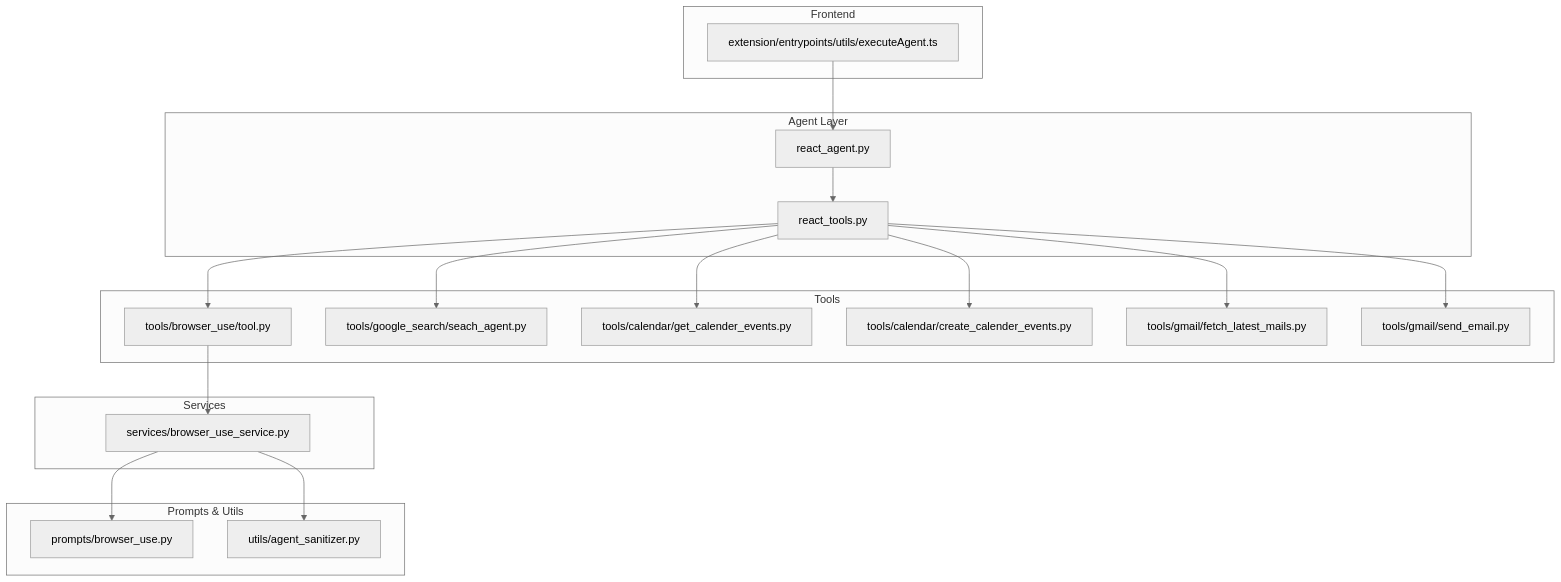
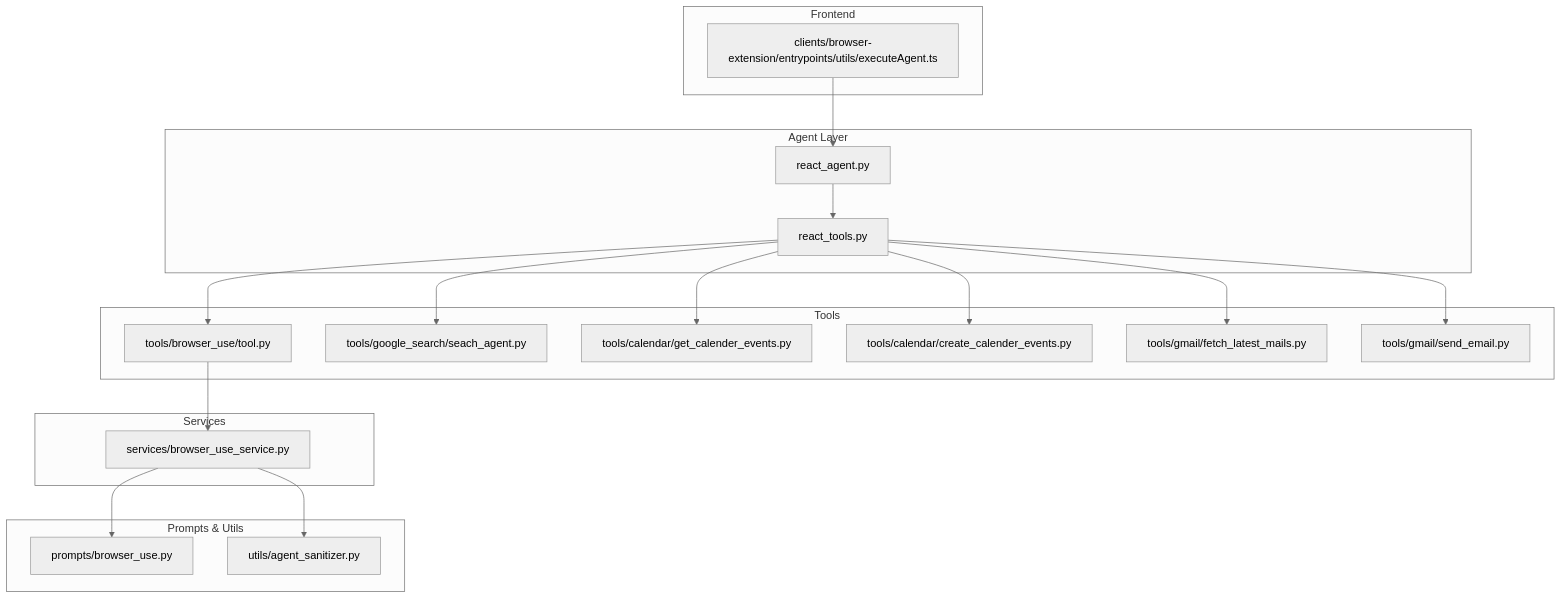
The first of 6 diagrams in src/data/docs/agentic-browser/Tool System/Tool Architecture and Design.md (tashifkhan/tashif.codes), drawn with Mermaid (neutral theme) before and after one commit. The commit also changed other lines of this file and 2128 other files, not shown here.

First line of the commit message:
docs: replace raster diagram images with native Mermaid across project guides

````diff
--- a/src/data/docs/agentic-browser/Tool System/Tool Architecture and Design.md
+++ b/src/data/docs/agentic-browser/Tool System/Tool Architecture and Design.md
@@ -14,36 +14,36 @@
 ```mermaid
 graph TB
 subgraph "Agent Layer"
 RA["react_agent.py"]
 RT["react_tools.py"]
 end
 subgraph "Tools"
 BT["tools/browser_use/tool.py"]
 GST["tools/google_search/seach_agent.py"]
 GCAL_GET["tools/calendar/get_calender_events.py"]
 GCAL_CREATE["tools/calendar/create_calender_events.py"]
 GM_FETCH["tools/gmail/fetch_latest_mails.py"]
 GM_SEND["tools/gmail/send_email.py"]
 end
 subgraph "Services"
 BUS["services/browser_use_service.py"]
 end
 subgraph "Prompts & Utils"
 PB["prompts/browser_use.py"]
 AS["utils/agent_sanitizer.py"]
 end
 subgraph "Frontend"
-EAT["extension/entrypoints/utils/executeAgent.ts"]
+EAT["clients/browser-extension/entrypoints/utils/executeAgent.ts"]
 end
 RA --> RT
 RT --> BT
 RT --> GST
 RT --> GCAL_GET
 RT --> GCAL_CREATE
 RT --> GM_FETCH
 RT --> GM_SEND
 BT --> BUS
 BUS --> PB
 BUS --> AS
 EAT --> RA
 ```
````
